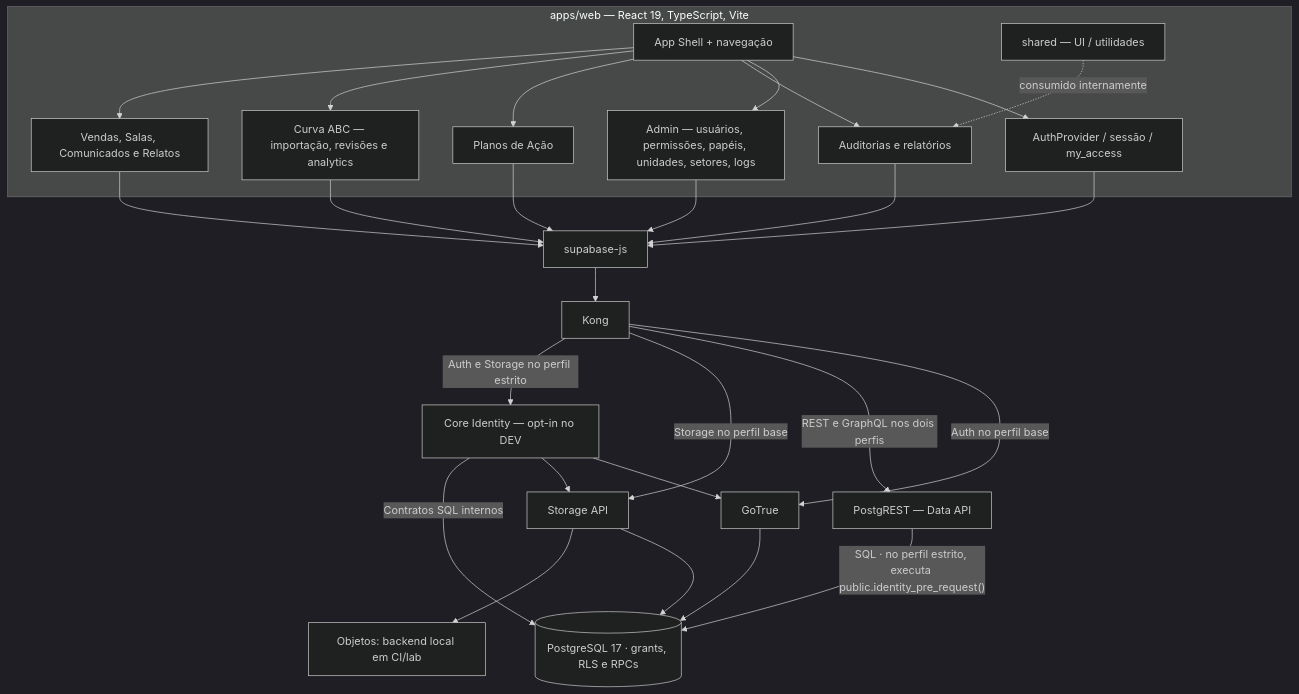
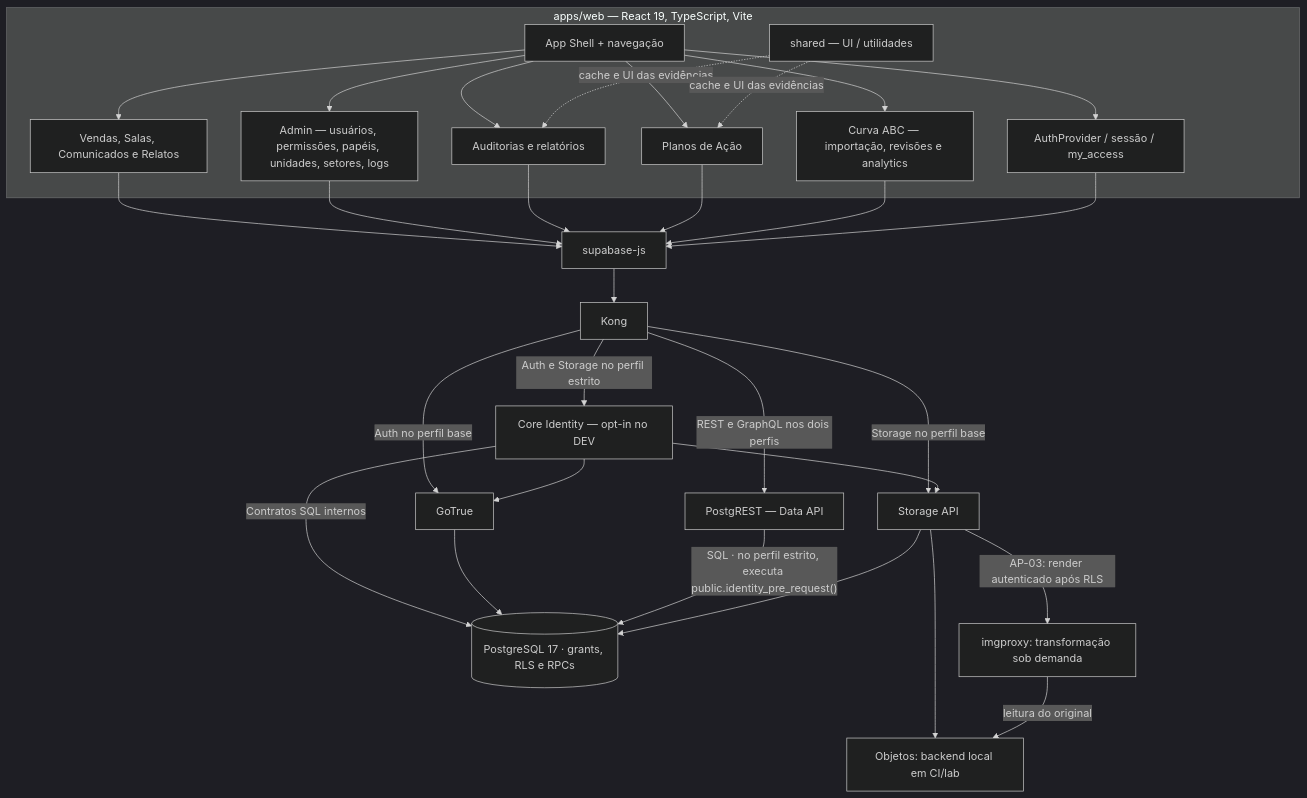
One commit to The-Vonky/Gaucha-Gestao changed the third of 8 diagrams in docs/architecture/DIAGRAMS.md. Above: the diagram before and after it, drawn with Mermaid (dark theme). The commit also changed 40 other files, not shown here.

```diff
--- a/docs/architecture/DIAGRAMS.md
+++ b/docs/architecture/DIAGRAMS.md
@@ -54,38 +54,41 @@
 ~~~mermaid
 flowchart TB
   subgraph WEB["apps/web — React 19, TypeScript, Vite"]
     SHELL["App Shell + navegação"]
     AUTHUI["AuthProvider / sessão / my_access"]
     COREUI["Admin — usuários, permissões, papéis, unidades, setores, logs"]
     AUDITUI["Auditorias e relatórios"]
     PLANSUI["Planos de Ação"]
     ABCUI["Curva ABC — importação, revisões e analytics"]
     OTHER["Vendas, Salas, Comunicados e Relatos"]
     SHARED["shared — UI / utilidades"]
   end
   SHELL --> AUTHUI
   SHELL --> COREUI
   SHELL --> AUDITUI
   SHELL --> PLANSUI
   SHELL --> ABCUI
   SHELL --> OTHER
   OTHER --> API
   COREUI --> API["supabase-js"]
   AUDITUI --> API
   PLANSUI --> API
   ABCUI --> API
   AUTHUI --> API
-  SHARED -. "consumido internamente" .-> AUDITUI
+  SHARED -. "cache e UI das evidências" .-> AUDITUI
+  SHARED -. "cache e UI das evidências" .-> PLANSUI
   API --> KONG["Kong"]
   KONG -->|"Auth no perfil base"| AUTH["GoTrue"]
   KONG -->|"REST e GraphQL nos dois perfis"| REST["PostgREST — Data API"]
   KONG -->|"Storage no perfil base"| STORAGE["Storage API"]
   KONG -->|"Auth e Storage no perfil estrito"| ID["Core Identity — opt-in no DEV"]
   ID --> AUTH
   ID --> STORAGE
   ID -->|"Contratos SQL internos"| DB[("PostgreSQL 17 · grants, RLS e RPCs")]
   AUTH --> DB
   REST -->|"SQL · no perfil estrito, executa public.identity_pre_request()"| DB
   STORAGE --> DB
   STORAGE --> OBJ["Objetos: backend local em CI/lab"]
+  STORAGE -->|"AP-03: render autenticado após RLS"| IMG["imgproxy: transformação sob demanda"]
+  IMG -->|"leitura do original"| OBJ
 ~~~
```
